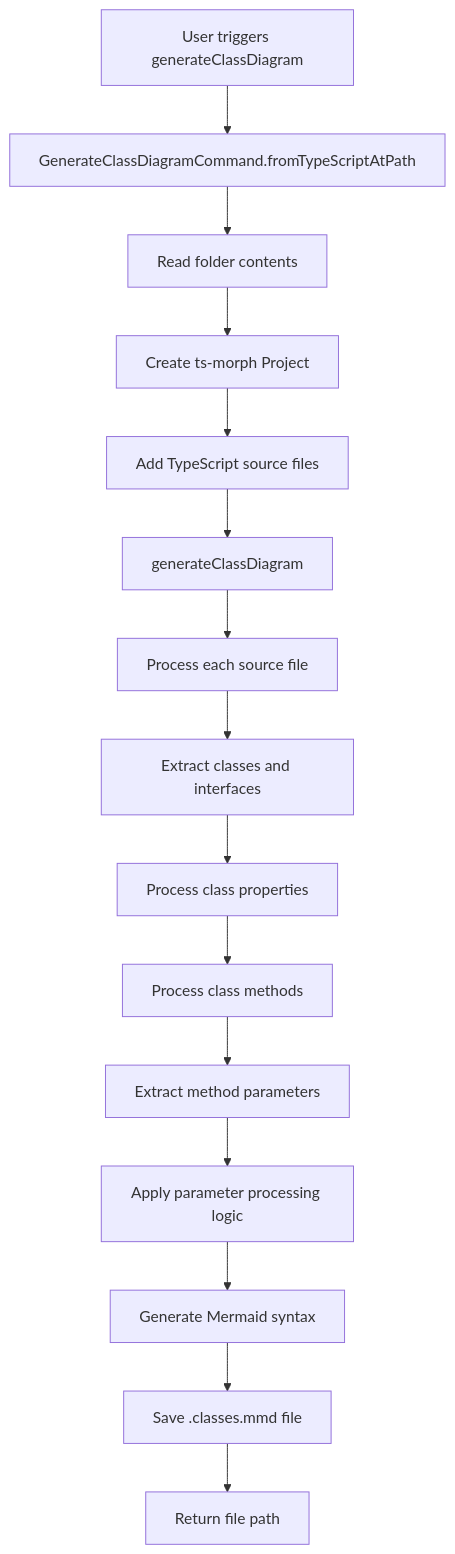
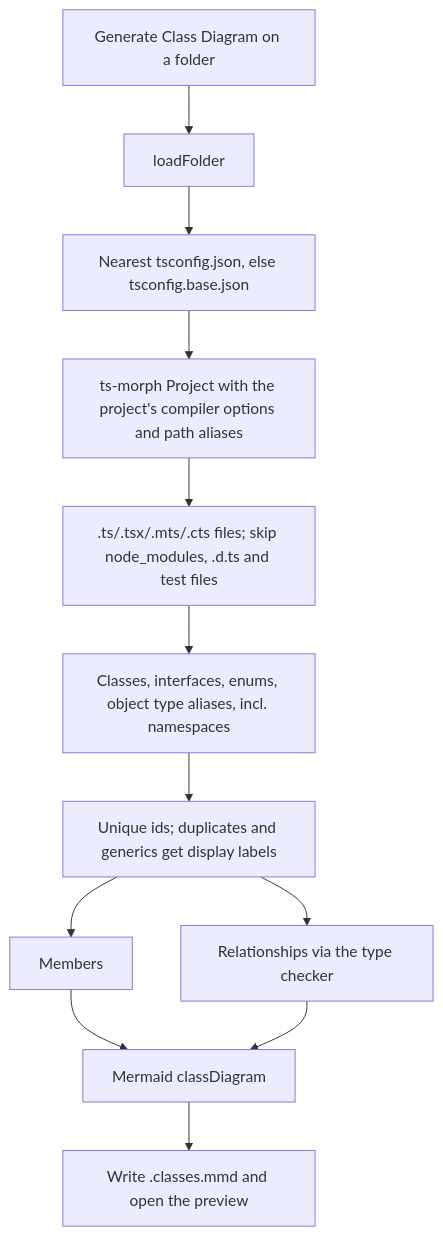
One commit to d8aware/vscode-mermaid-extension changed the second of 2 diagrams in docs/architecture.md. Above: the diagram before and after it, drawn with Mermaid. The commit also changed other lines of this file and 319 other files, not shown here.

````diff
--- a/docs/architecture.md
+++ b/docs/architecture.md
@@ -36,17 +55,14 @@
 ```mermaid
 flowchart TD
-    A[User triggers generateClassDiagram] --> B[GenerateClassDiagramCommand.fromTypeScriptAtPath]
-    B --> C[Read folder contents]
-    C --> D[Create ts-morph Project]
-    D --> E[Add TypeScript source files]
-    E --> F[generateClassDiagram]
-    F --> G[Process each source file]
-    G --> H[Extract classes and interfaces]
-    H --> I[Process class properties]
-    I --> J[Process class methods]
-    J --> K[Extract method parameters]
-    K --> L[Apply parameter processing logic]
-    L --> M[Generate Mermaid syntax]
-    M --> N[Save .classes.mmd file]
-    N --> O[Return file path]
+    A[Generate Class Diagram on a folder] --> C[loadFolder]
+    C --> D[Nearest tsconfig.json, else tsconfig.base.json]
+    D --> E[ts-morph Project with the project's compiler options and path aliases]
+    E --> F[.ts/.tsx/.mts/.cts files; skip node_modules, .d.ts and test files]
+    F --> H[Classes, interfaces, enums, object type aliases, incl. namespaces]
+    H --> I[Unique ids; duplicates and generics get display labels]
+    I --> J[Members]
+    I --> K[Relationships via the type checker]
+    J --> L[Mermaid classDiagram]
+    K --> L
+    L --> M[Write .classes.mmd and open the preview]
 ```
````
